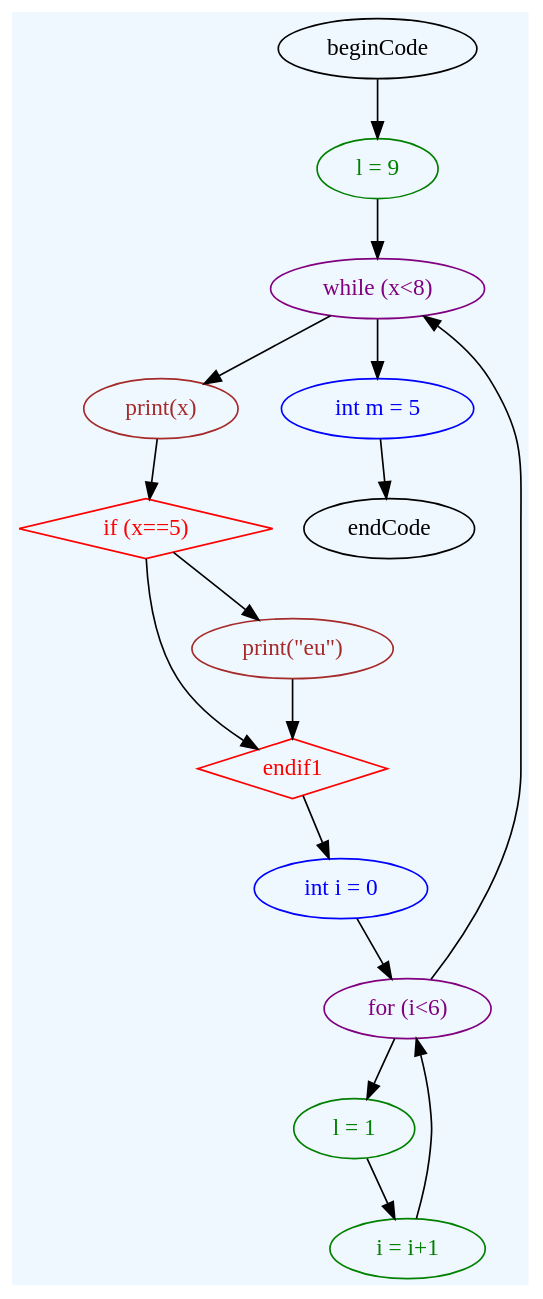
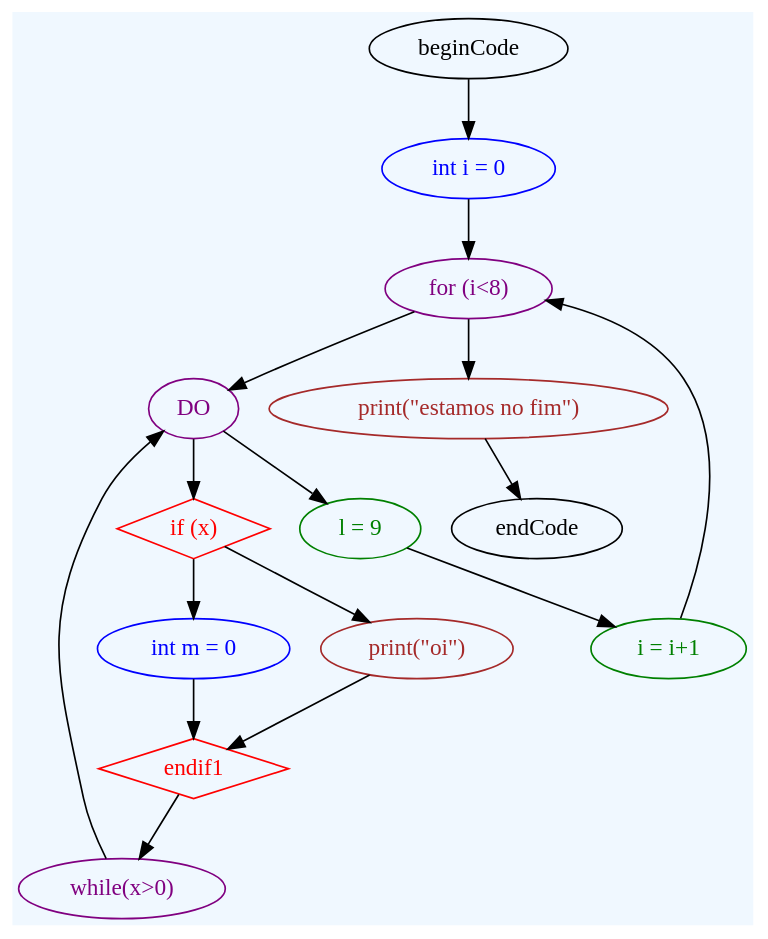
The diagram in TP3/doctest-output/grammar.gv (saracqueiros/EG22), drawn with Graphviz before and after one commit. The commit also changed 5 other files, not shown here.

```diff
--- a/TP3/doctest-output/grammar.gv
+++ b/TP3/doctest-output/grammar.gv
@@ -1,30 +1,30 @@
 digraph grammar {
 	graph [bgcolor=aliceblue rankdir=TB]
+	"int i = 0 " [color=blue fontcolor=blue]
+	beginCode -> "int i = 0 "
+	"for (i<8)" [color=purple fontcolor=purple]
+	"int i = 0 " -> "for (i<8)"
+	" i = i+1" [color=green fontcolor=green]
+	" i = i+1" -> "for (i<8)"
+	DO [color=purple fontcolor=purple]
+	"for (i<8)" -> DO
+	"if (x)" [color=red fontcolor=red shape=diamond]
+	DO -> "if (x)"
+	"int m = 0 " [color=blue fontcolor=blue]
+	"if (x)" -> "int m = 0 "
+	endif1 [color=red fontcolor=red shape=diamond]
+	"int m = 0 " -> endif1
+	"print(\"oi\")" [color=brown fontcolor=brown]
+	"if (x)" -> "print(\"oi\")"
+	endif1 [color=red fontcolor=red shape=diamond]
+	"print(\"oi\")" -> endif1
+	"while(x>0)" [color=purple fontcolor=purple]
+	endif1 -> "while(x>0)"
+	"while(x>0)" -> DO
 	" l = 9" [color=green fontcolor=green]
-	beginCode -> " l = 9"
-	"while (x<8)" [color=purple fontcolor=purple]
-	" l = 9" -> "while (x<8)"
-	"print(x)" [color=brown fontcolor=brown]
-	"while (x<8)" -> "print(x)"
-	"if (x==5)" [color=red fontcolor=red shape=diamond]
-	"print(x)" -> "if (x==5)"
-	endif1 [color=red fontcolor=red shape=diamond]
-	"if (x==5)" -> endif1
-	"print(\"eu\")" [color=brown fontcolor=brown]
-	"if (x==5)" -> "print(\"eu\")"
-	endif1 [color=red fontcolor=red shape=diamond]
-	"print(\"eu\")" -> endif1
-	"int i = 0 " [color=blue fontcolor=blue]
-	endif1 -> "int i = 0 "
-	"for (i<6)" [color=purple fontcolor=purple]
-	"int i = 0 " -> "for (i<6)"
-	" i = i+1" [color=green fontcolor=green]
-	" i = i+1" -> "for (i<6)"
-	" l = 1" [color=green fontcolor=green]
-	"for (i<6)" -> " l = 1"
-	" l = 1" -> " i = i+1"
-	"for (i<6)" -> "while (x<8)"
-	"int m = 5 " [color=blue fontcolor=blue]
-	"while (x<8)" -> "int m = 5 "
-	"int m = 5 " -> endCode
+	DO -> " l = 9"
+	" l = 9" -> " i = i+1"
+	"print(\"estamos no fim\")" [color=brown fontcolor=brown]
+	"for (i<8)" -> "print(\"estamos no fim\")"
+	"print(\"estamos no fim\")" -> endCode
 }
```
